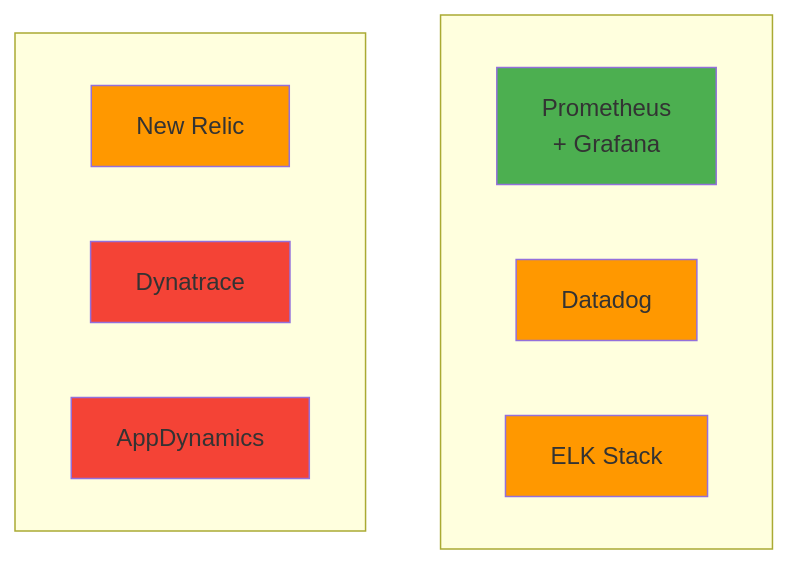
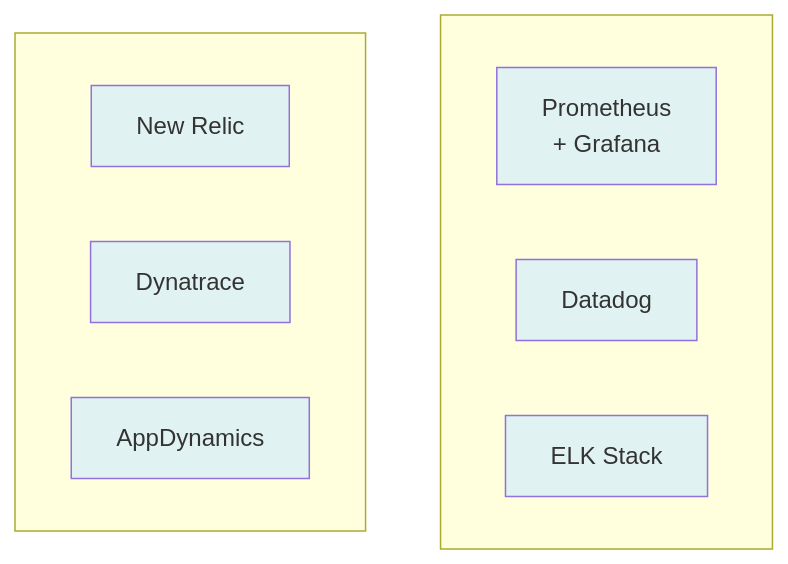
One commit to niceguy61/kdt_devops_lecture_2025 changed the seventh of 10 diagrams in theory/week_04/day1/challenge_2.md. Above: the diagram before and after it, drawn with Mermaid. The commit also changed other lines of this file, not shown here.

````diff
--- a/theory/week_04/day1/challenge_2.md
+++ b/theory/week_04/day1/challenge_2.md
@@ -307,21 +307,21 @@
 ```mermaid
 graph TB
     subgraph col1[" "]
         A[Prometheus<br/>+ Grafana]
         B[Datadog]
         C[ELK Stack]
     end
     
     subgraph col2[" "]
         D[New Relic]
         E[Dynatrace]
         F[AppDynamics]
     end
     
-    style A fill:#4caf50
-    style B fill:#ff9800
-    style C fill:#ff9800
-    style D fill:#ff9800
-    style E fill:#f44336
-    style F fill:#f44336
+    style A fill:#e0f2f1
+    style B fill:#e0f2f1
+    style C fill:#e0f2f1
+    style D fill:#e0f2f1
+    style E fill:#e0f2f1
+    style F fill:#e0f2f1
 ```
````
